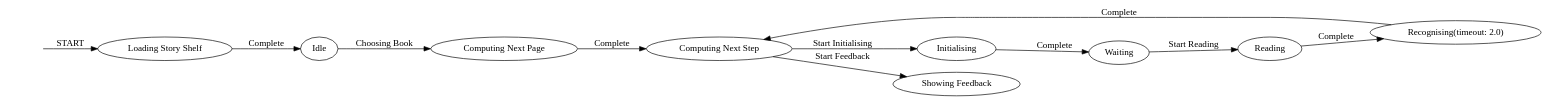
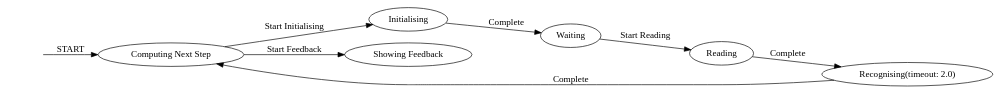
Before and after one commit to geoo993/SwiftStateMachineDev: the diagram in SwiftReferenceApp/SwiftReferenceApp/StorySmartiesInteractor.schema.dot, drawn with Graphviz. The commit also changed 10 other files, not shown here.

Commit message:
completed story page interaction state machine schema

```diff
--- a/SwiftReferenceApp/SwiftReferenceApp/StorySmartiesInteractor.schema.dot
+++ b/SwiftReferenceApp/SwiftReferenceApp/StorySmartiesInteractor.schema.dot
@@ -1,26 +1,20 @@
 digraph {
     graph [rankdir=LR]
 
     0 [label="", shape=plaintext]
-    0 -> 1 [label="START"]
+    0 -> 4 [label="START"]
 
-    1 [label="Loading Story Shelf"]
-    2 [label="Computing Next Page"]
-    3 [label="Initialising"]
-    4 [label="Idle"]
-    5 [label="Reading"]
-    6 [label="Recognising(timeout: 2.0)"]
-    7 [label="Computing Next Step"]
-    8 [label="Showing Feedback"]
-    9 [label="Waiting"]
+    1 [label="Initialising"]
+    2 [label="Reading"]
+    3 [label="Recognising(timeout: 2.0)"]
+    4 [label="Computing Next Step"]
+    5 [label="Showing Feedback"]
+    6 [label="Waiting"]
 
-    1 -> 4 [label="Complete"]
-    2 -> 7 [label="Complete"]
-    3 -> 9 [label="Complete"]
-    4 -> 2 [label="Choosing Book"]
-    5 -> 6 [label="Complete"]
-    6 -> 7 [label="Complete"]
-    7 -> 3 [label="Start Initialising"]
-    7 -> 8 [label="Start Feedback"]
-    9 -> 5 [label="Start Reading"]
+    1 -> 6 [label="Complete"]
+    2 -> 3 [label="Complete"]
+    3 -> 4 [label="Complete"]
+    4 -> 1 [label="Start Initialising"]
+    4 -> 5 [label="Start Feedback"]
+    6 -> 2 [label="Start Reading"]
 }
```
